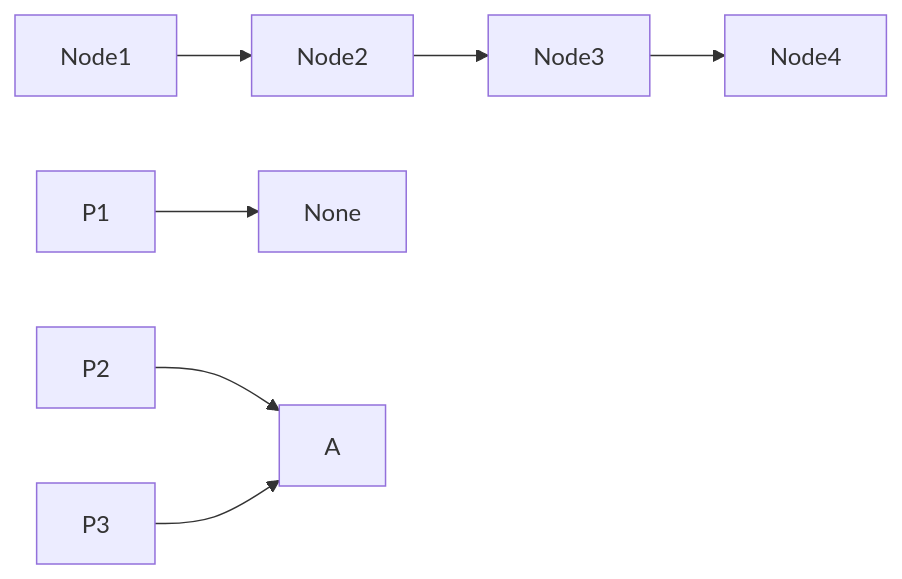
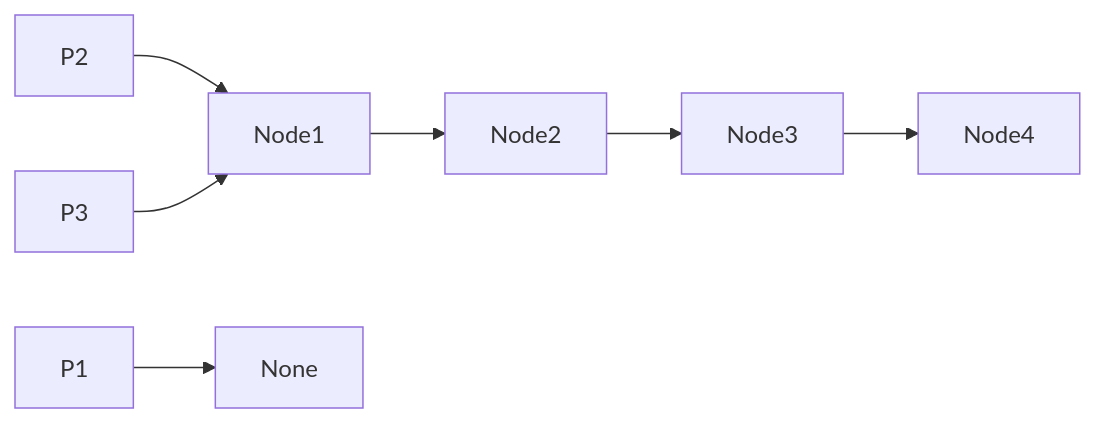
One commit to davidanukam/LeetCode-Learning changed the first of 3 diagrams in Linked List/206. Reverse Linked List.md. Above: the diagram before and after it, drawn with Mermaid. The commit also changed other lines of this file, not shown here.

````diff
--- a/Linked List/206. Reverse Linked List.md
+++ b/Linked List/206. Reverse Linked List.md
@@ -34,10 +34,10 @@
 ```mermaid
 flowchart LR    
     Node1 --> Node2
     Node2 --> Node3
     Node3 --> Node4
     
-    P1 --> None[None]
-    P2[P2] --> A
-    P3[P3] --> A
+    P1 --> None
+    P2[P2] --> Node1
+    P3[P3] --> Node1
 ```
````
